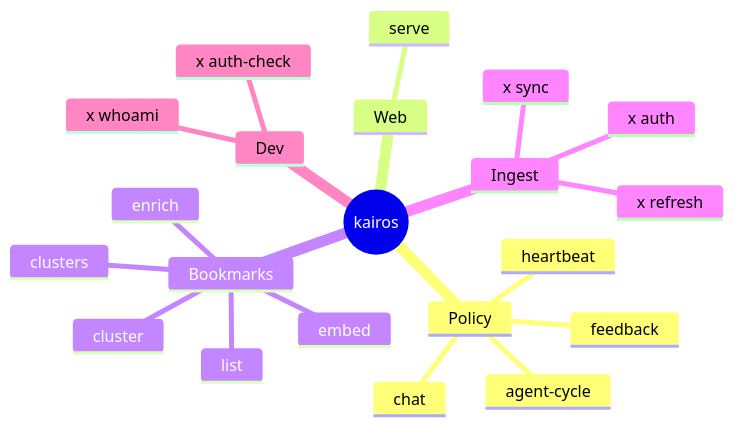
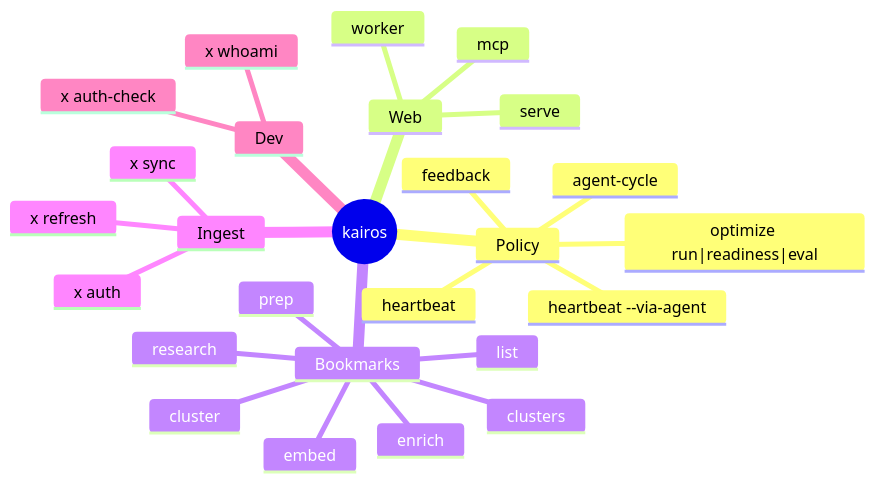
One commit to Sushmey/Kairos changed diagram 15 of 19 in docs/ARCHITECTURE.md. Above: the diagram before and after it, drawn with Mermaid. The commit also changed other lines of this file and 126 other files, not shown here.

First line of the commit message:
Land P0–P3 simplification: prep pipeline, jobs, GEPA, and demo readiness.

````diff
--- a/docs/ARCHITECTURE.md
+++ b/docs/ARCHITECTURE.md
@@ -519,24 +587,29 @@
 ```mermaid
 mindmap
   root((kairos))
     Policy
       heartbeat
+      heartbeat --via-agent
       feedback
       agent-cycle
-      chat
+      optimize run|readiness|eval
     Web
       serve
+      mcp
+      worker
     Bookmarks
+      prep
       list
       enrich
+      research
       embed
       cluster
       clusters
     Ingest
       x auth
       x sync
       x refresh
     Dev
       x whoami
       x auth-check
 ```
````
